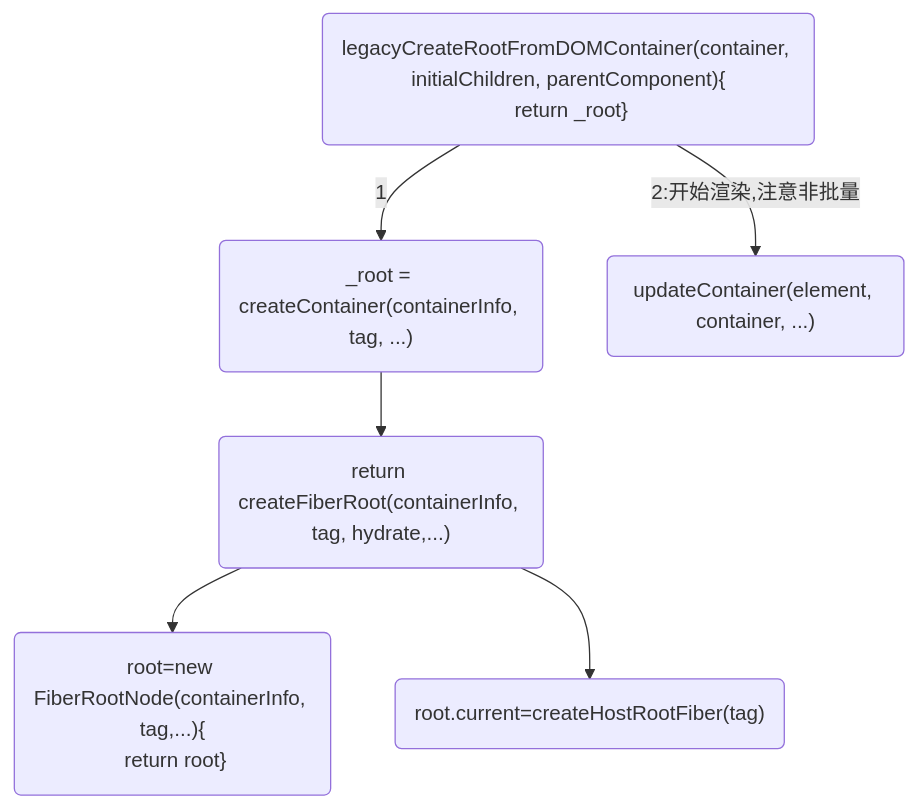
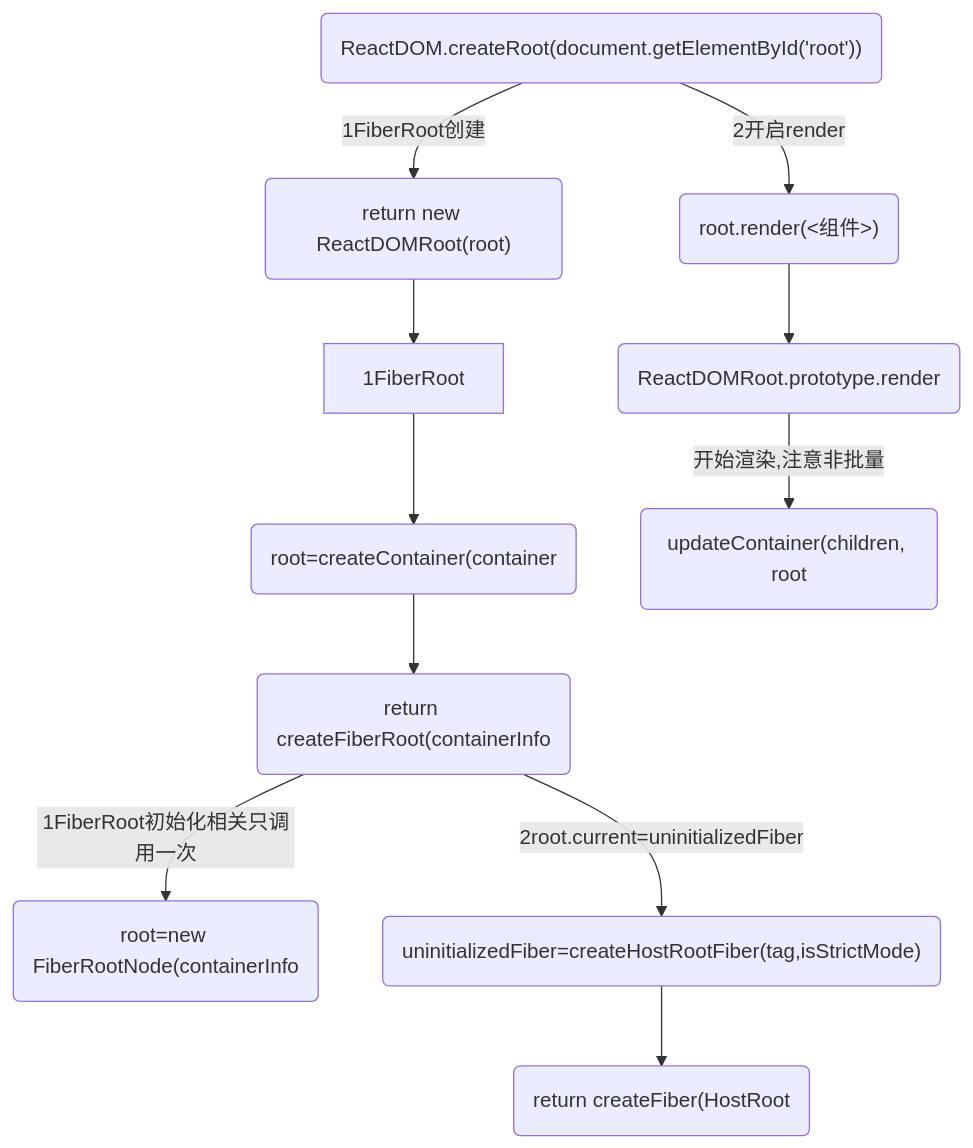
Before and after one commit to huiruo/programming-technology: the second of 11 diagrams in A-React/01-jsx-ast-render阶段.md, drawn with Mermaid. The commit also changed other lines of this file and 15 other files, not shown here.

Commit message:
feat: react jsx->ast->code()-run->fiber

````diff
--- a/A-React/01-jsx-ast-render阶段.md
+++ b/A-React/01-jsx-ast-render阶段.md
@@ -37,12 +488,9 @@
 ```mermaid
 flowchart TD
-mount1("legacyCreateRootFromDOMContainer(container, initialChildren, parentComponent){<br/> return _root}")
+A1("ReactDOM.createRoot(document.getElementById('root'))")--1FiberRoot创建-->A2("return new ReactDOMRoot(root)")-->1FiberRoot-->A6("root=createContainer(container")-->A7("return createFiberRoot(containerInfo")--1FiberRoot初始化相关只调用一次-->A8("root=new FiberRootNode(containerInfo")
 
-mount1--1-->update1("_root = createContainer(containerInfo, tag, ...)")
-mount1--2:开始渲染,注意非批量-->update2("updateContainer(element, container, ...)")
+A7--2root.current=uninitializedFiber-->A11("uninitializedFiber=createHostRootFiber(tag,isStrictMode)")-->A12("return createFiber(HostRoot")
 
-update1-->update3("return createFiberRoot(containerInfo, tag, hydrate,...)")
-
-update3-->u4("root=new FiberRootNode(containerInfo, tag,...){<br> return root}")
-update3-->u5("root.current=createHostRootFiber(tag)")
+A1--2开启render-->A3("root.render(<组件>)")-->A4("ReactDOMRoot.prototype.render")
+A4--开始渲染,注意非批量-->A5("updateContainer(children, root")
 ```
````
